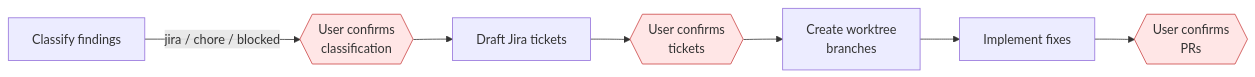
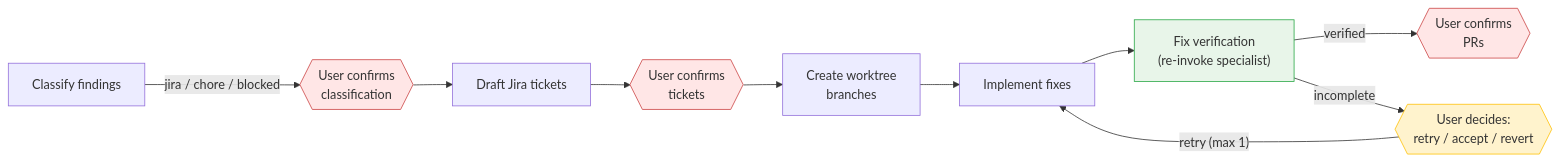
Before and after one commit to ugiordan/adversarial-reviewing: the diagram in site/docs/guides/remediation.md, drawn with Mermaid. The commit also changed other lines of this file and 22 other files, not shown here.

````diff
--- a/site/docs/guides/remediation.md
+++ b/site/docs/guides/remediation.md
@@ -17,13 +20,18 @@
 ```mermaid
 flowchart LR
     CLASSIFY["Classify findings"] --> |"jira / chore / blocked"| GATE1{{"User confirms\nclassification"}}
     GATE1 --> DRAFT["Draft Jira tickets"]
     DRAFT --> GATE2{{"User confirms\ntickets"}}
     GATE2 --> WORKTREE["Create worktree\nbranches"]
     WORKTREE --> IMPLEMENT["Implement fixes"]
-    IMPLEMENT --> GATE3{{"User confirms\nPRs"}}
+    IMPLEMENT --> VERIFY["Fix verification\n(re-invoke specialist)"]
+    VERIFY --> |"verified"| GATE3{{"User confirms\nPRs"}}
+    VERIFY --> |"incomplete"| RETRY{{"User decides:\nretry / accept / revert"}}
+    RETRY --> |"retry (max 1)"| IMPLEMENT
 
     style GATE1 fill:#ffe6e6,stroke:#cc4444
     style GATE2 fill:#ffe6e6,stroke:#cc4444
     style GATE3 fill:#ffe6e6,stroke:#cc4444
+    style RETRY fill:#fff3cd,stroke:#ffc107
+    style VERIFY fill:#e8f5e9,stroke:#28a745
 ```
````
